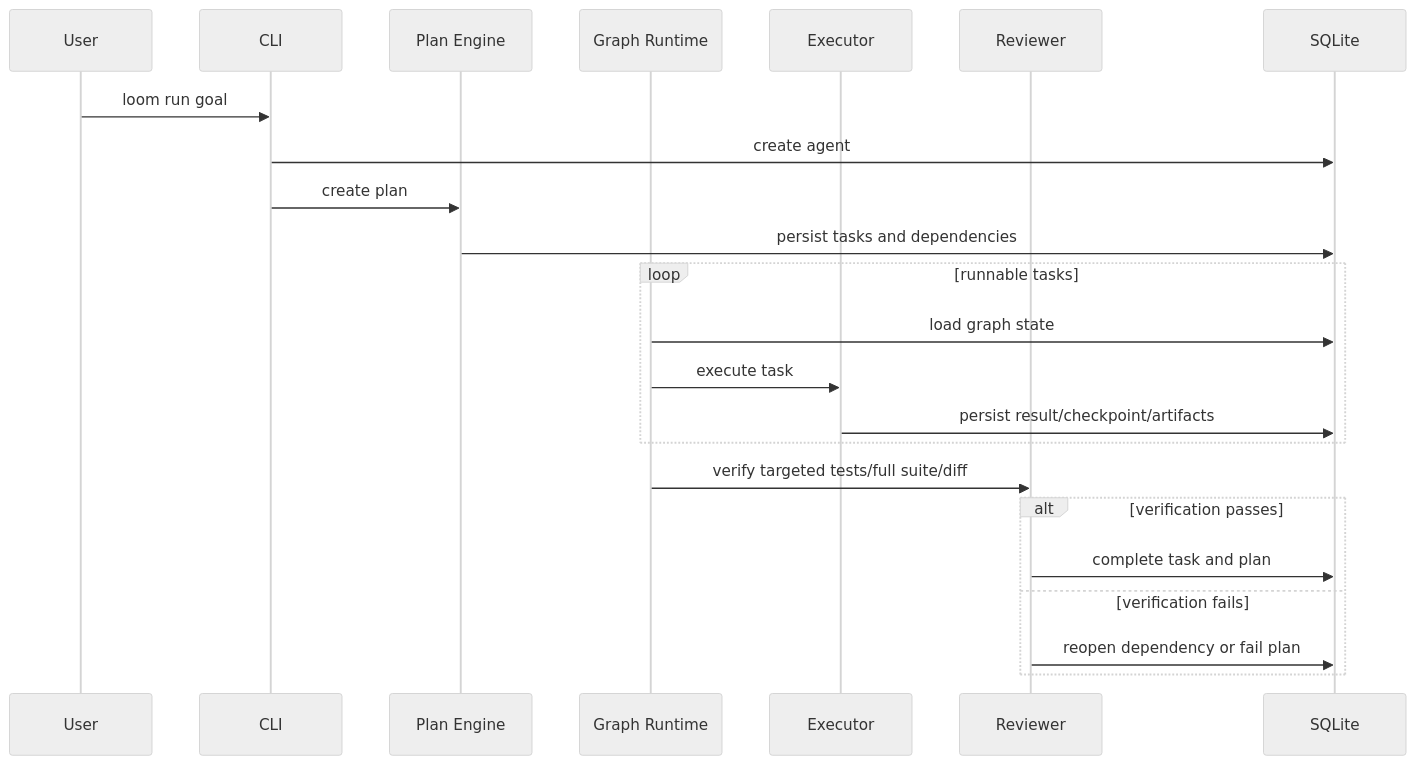
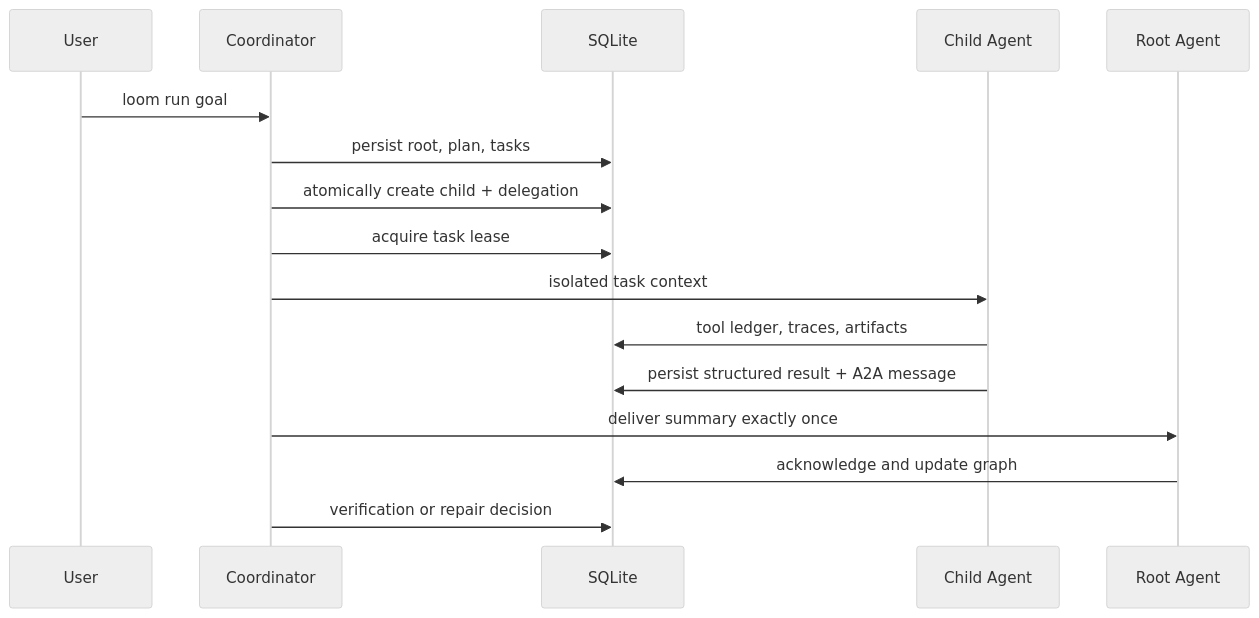
One commit to JonusNattapong/loom-agent changed the second of 2 diagrams in docs/architecture.md. Above: the diagram before and after it, drawn with Mermaid (neutral theme). The commit also changed other lines of this file and 21 other files, not shown here.

Commit message:
docs: document Loom V0.4 multi-agent runtime

````diff
--- a/docs/architecture.md
+++ b/docs/architecture.md
@@ -48,25 +47,18 @@
 ```mermaid
 sequenceDiagram
   participant U as User
-  participant C as CLI
-  participant P as Plan Engine
-  participant G as Graph Runtime
-  participant E as Executor
-  participant R as Reviewer
+  participant C as Coordinator
   participant S as SQLite
+  participant A as Child Agent
+  participant R as Root Agent
   U->>C: loom run goal
-  C->>S: create agent
-  C->>P: create plan
-  P->>S: persist tasks and dependencies
-  loop runnable tasks
-    G->>S: load graph state
-    G->>E: execute task
-    E->>S: persist result/checkpoint/artifacts
-  end
-  G->>R: verify targeted tests/full suite/diff
-  alt verification passes
-    R->>S: complete task and plan
-  else verification fails
-    R->>S: reopen dependency or fail plan
-  end
+  C->>S: persist root, plan, tasks
+  C->>S: atomically create child + delegation
+  C->>S: acquire task lease
+  C->>A: isolated task context
+  A->>S: tool ledger, traces, artifacts
+  A->>S: persist structured result + A2A message
+  C->>R: deliver summary exactly once
+  R->>S: acknowledge and update graph
+  C->>S: verification or repair decision
 ```
````
